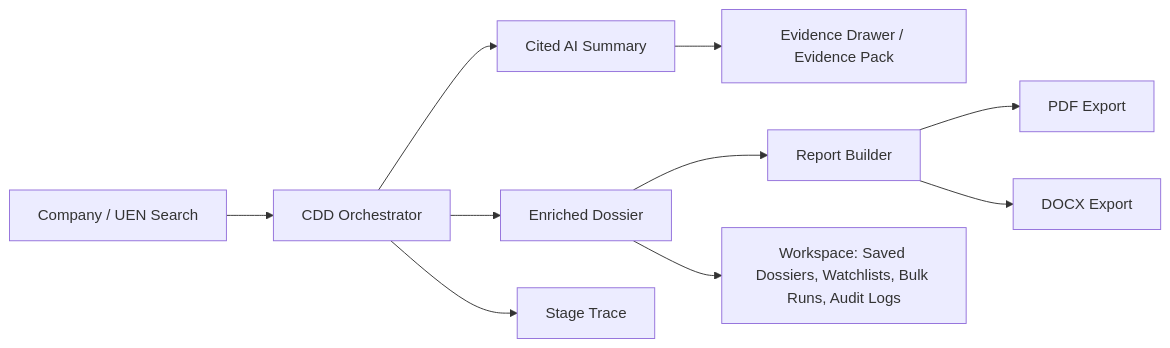
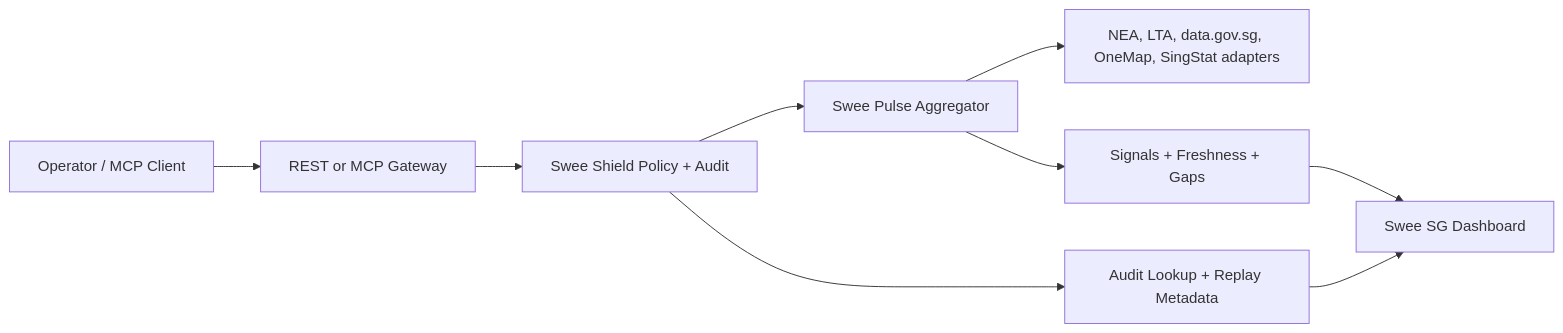
Before and after one commit to gongahkia/poor-cli: the diagram in docs/architecture.md, drawn with Mermaid. The commit also changed other lines of this file and 38 other files, not shown here.

````diff
--- a/docs/architecture.md
+++ b/docs/architecture.md
@@ -12,12 +10,11 @@
 ```mermaid
 flowchart LR
-  Search["Company / UEN Search"] --> Orchestrator["CDD Orchestrator"]
-  Orchestrator --> Dossier["Enriched Dossier"]
-  Orchestrator --> Memo["Cited AI Summary"]
-  Orchestrator --> Trace["Stage Trace"]
-  Memo --> Evidence["Evidence Drawer / Evidence Pack"]
-  Dossier --> Builder["Report Builder"]
-  Builder --> PDF["PDF Export"]
-  Builder --> DOCX["DOCX Export"]
-  Dossier --> Workspace["Workspace: Saved Dossiers, Watchlists, Bulk Runs, Audit Logs"]
+  Operator["Operator / MCP Client"] --> Gateway["REST or MCP Gateway"]
+  Gateway --> Shield["Swee Shield Policy + Audit"]
+  Shield --> Pulse["Swee Pulse Aggregator"]
+  Pulse --> Sources["NEA, LTA, data.gov.sg, OneMap, SingStat adapters"]
+  Pulse --> Signals["Signals + Freshness + Gaps"]
+  Signals --> Web["Swee SG Dashboard"]
+  Shield --> Audit["Audit Lookup + Replay Metadata"]
+  Audit --> Web
 ```
````
